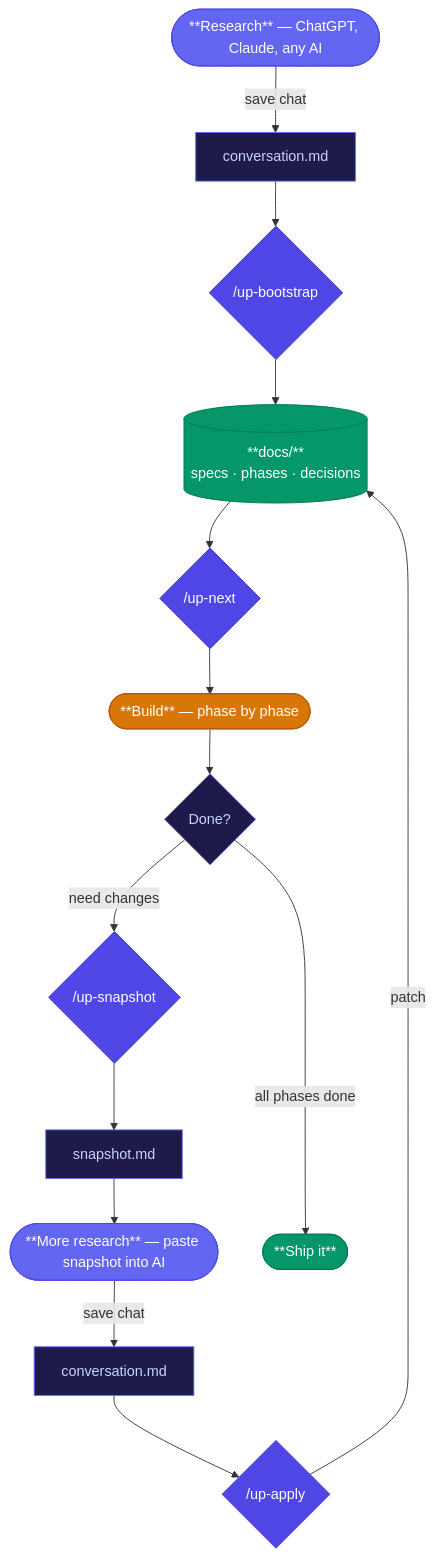
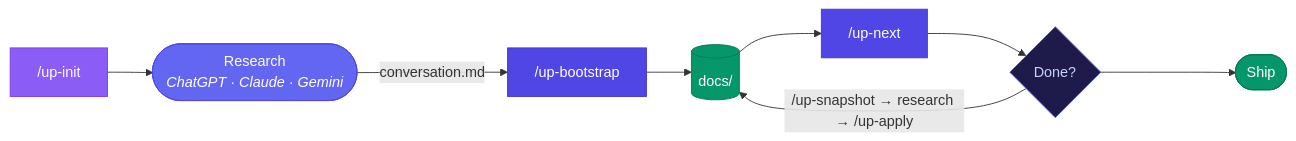
One commit to apresmoi/unpack changed the diagram in README.md. Above: the diagram before and after it, drawn with Mermaid.

Commit message:
docs: simplify README flowchart

````diff
--- a/README.md
+++ b/README.md
@@ -38,45 +38,22 @@
 ```mermaid
-flowchart TD
-    R(["**Research** — ChatGPT, Claude, any AI"])
-    C["conversation.md"]
-    B{"/up-bootstrap"}
-    D[("**docs/**\nspecs · phases · decisions")]
-    N{"/up-next"}
-    BUILD(["**Build** — phase by phase"])
+flowchart LR
+    I["/up-init"]
+    R(["Research<br/><i>ChatGPT · Claude · Gemini</i>"])
+    B["/up-bootstrap"]
+    D[("docs/")]
+    N["/up-next"]
     Q{"Done?"}
-    SN{"/up-snapshot"}
-    S["snapshot.md"]
-    CHAT(["**More research** — paste snapshot into AI"])
-    A{"/up-apply"}
-    SHIP(["**Ship it**"])
+    SHIP(["Ship"])
 
-    R -- save chat --> C
-    C --> B
-    B --> D
-    D --> N
-    N --> BUILD
-    BUILD --> Q
+    I --> R -- "conversation.md" --> B --> D --> N --> Q
+    Q -- "/up-snapshot → research → /up-apply" --> D
+    Q ----> SHIP
 
-    Q -- "need changes" --> SN
-    SN --> S
-    S --> CHAT
-    CHAT -- save chat --> C2["conversation.md"]
-    C2 --> A
-    A -- patch --> D
-
-    Q -- "all phases done" ----> SHIP
-
+    style I fill:#8b5cf6,stroke:#7c3aed,color:#fff
     style R fill:#6366f1,stroke:#4f46e5,color:#fff
-    style C fill:#1e1b4b,stroke:#6366f1,color:#c7d2fe
     style B fill:#4f46e5,stroke:#4338ca,color:#fff
     style D fill:#059669,stroke:#047857,color:#fff
     style N fill:#4f46e5,stroke:#4338ca,color:#fff
-    style BUILD fill:#d97706,stroke:#b45309,color:#fff
     style Q fill:#1e1b4b,stroke:#6366f1,color:#c7d2fe
-    style SN fill:#4f46e5,stroke:#4338ca,color:#fff
-    style S fill:#1e1b4b,stroke:#6366f1,color:#c7d2fe
-    style CHAT fill:#6366f1,stroke:#4f46e5,color:#fff
-    style C2 fill:#1e1b4b,stroke:#6366f1,color:#c7d2fe
-    style A fill:#4f46e5,stroke:#4338ca,color:#fff
     style SHIP fill:#059669,stroke:#047857,color:#fff
 ```
````
